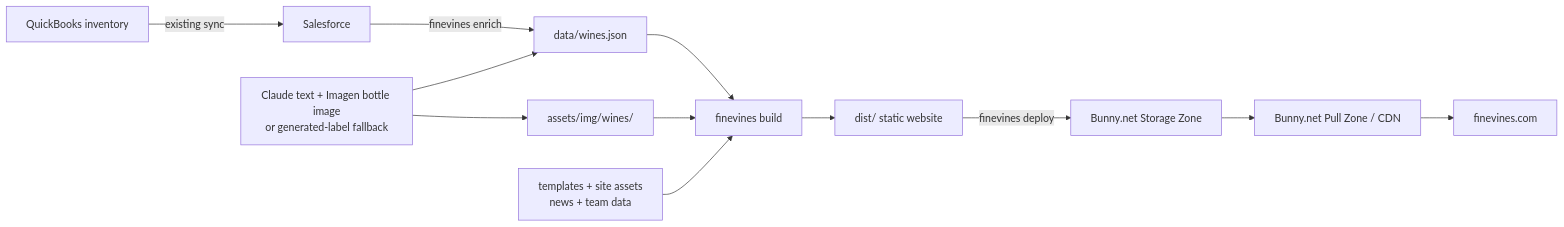
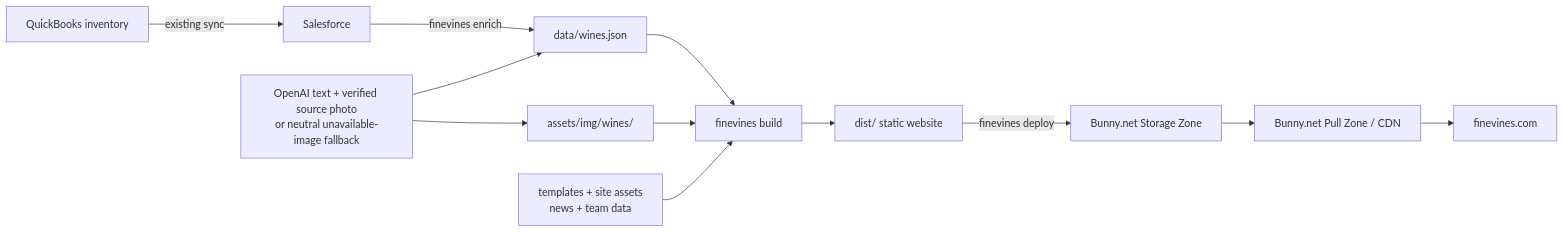
One commit to danowitz/finevines-website changed the diagram in README.md. Above: the diagram before and after it, drawn with Mermaid. The commit also changed other lines of this file and 863 other files, not shown here.

````diff
--- a/README.md
+++ b/README.md
@@ -25,14 +25,14 @@
 ```mermaid
 flowchart LR
     QB["QuickBooks inventory"] -->|"existing sync"| SF["Salesforce"]
     SF -->|"finevines enrich"| JSON["data/wines.json"]
-    ENRICH["Claude text + Imagen bottle image<br/>or generated-label fallback"] --> JSON
+    ENRICH["OpenAI text + verified source photo<br/>or neutral unavailable-image fallback"] --> JSON
     ENRICH --> IMAGES["assets/img/wines/"]
     JSON --> BUILD["finevines build"]
     IMAGES --> BUILD
     CONTENT["templates + site assets<br/>news + team data"] --> BUILD
     BUILD --> DIST["dist/ static website"]
     DIST -->|"finevines deploy"| STORAGE["Bunny.net Storage Zone"]
     STORAGE --> CDN["Bunny.net Pull Zone / CDN"]
     CDN --> SITE["finevines.com"]
 ```
````
